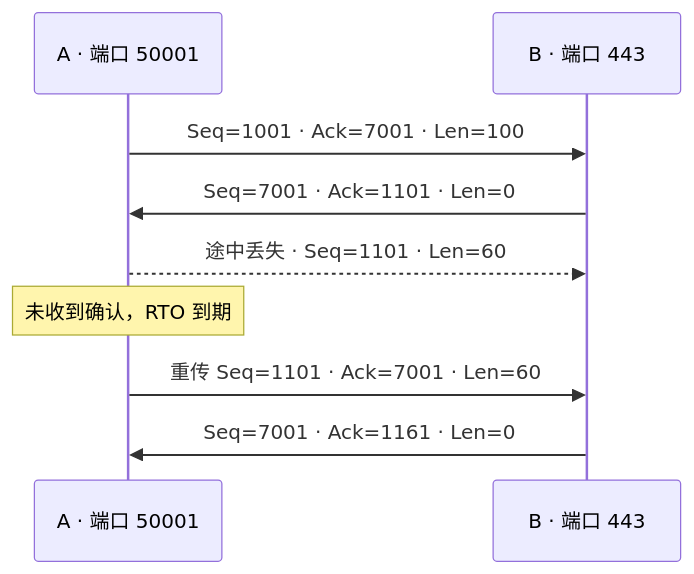
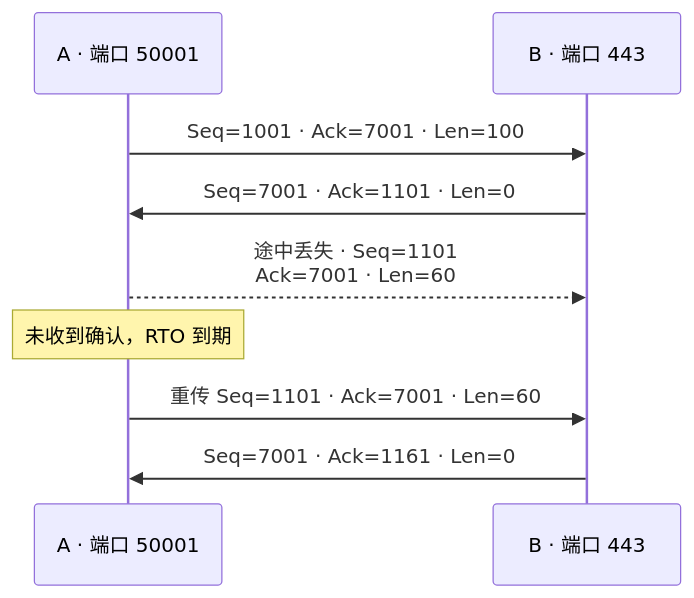
Before and after one commit to fordelkon/delkon.us.kg: the fourth of 5 diagrams in content/posts/networking/transport-tcp-udp-socket-quic.md, drawn with Mermaid. The commit also changed other lines of this file and 8 other files, not shown here.

First line of the commit message:
docs: audit networking series with C17 examples and diagram fixes

````diff
--- a/content/posts/networking/transport-tcp-udp-socket-quic.md
+++ b/content/posts/networking/transport-tcp-udp-socket-quic.md
@@ -125,11 +124,11 @@
 ```mermaid title="TCP 数据、累计确认与超时重传" description="已建立的连接，使用绝对示例序号。虚线标记途中丢失的报文，B 未收到。超时前没有后续数据，本例由 RTO 触发重传。各段均置 ACK 标志，Len 只计 TCP 载荷，间距不代表耗时。"
 sequenceDiagram
  participant A as A · 端口 50001
  participant B as B · 端口 443
  A->>B: Seq=1001 · Ack=7001 · Len=100
  B->>A: Seq=7001 · Ack=1101 · Len=0
- A-->>B: 途中丢失 · Seq=1101 · Len=60
+ A-->>B: 途中丢失 · Seq=1101<br/>Ack=7001 · Len=60
  Note over A: 未收到确认，RTO 到期
  A->>B: 重传 Seq=1101 · Ack=7001 · Len=60
  B->>A: Seq=7001 · Ack=1161 · Len=0
 ```
````
